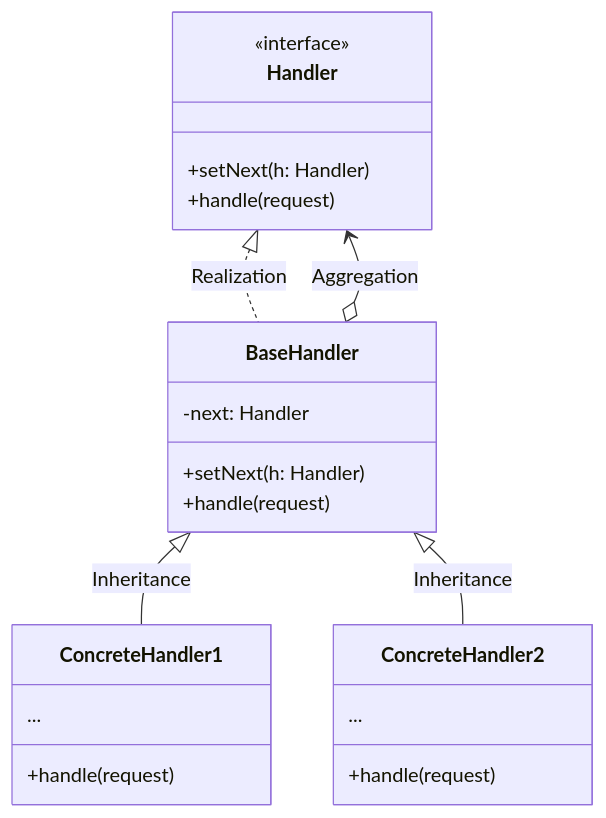
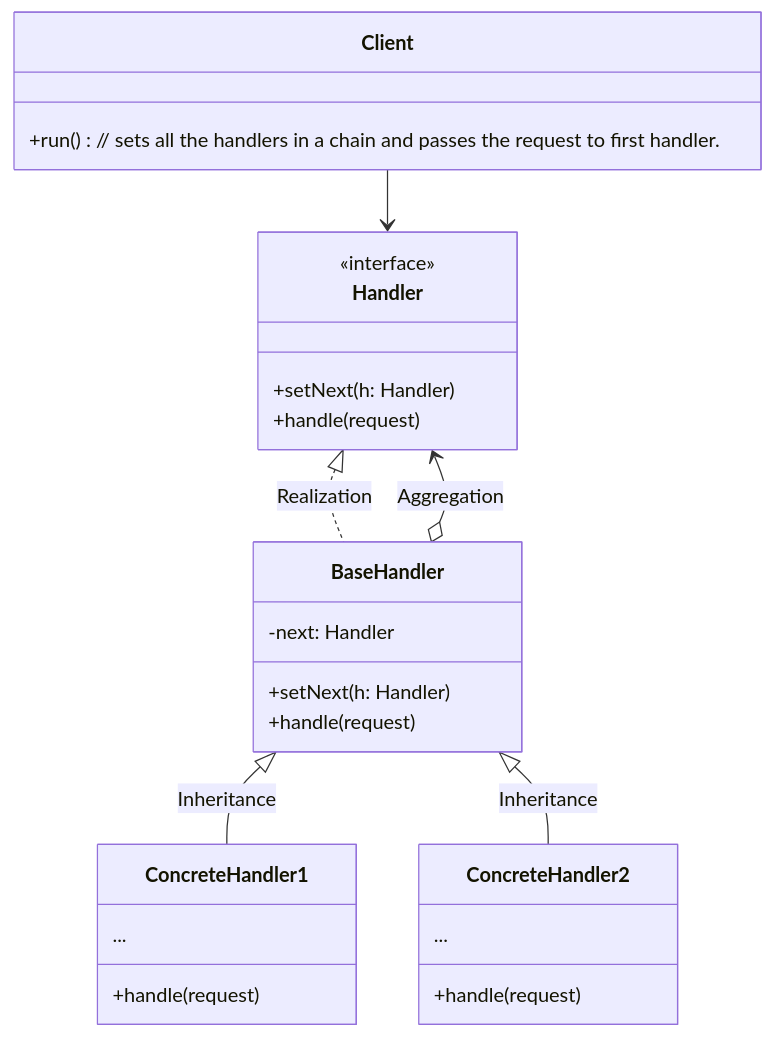
The diagram in DesignPatterns/Patterns/Behavioral/ChainOfResponsibility/README.md (manikanta-annavarapu/dotnet-experiments), drawn with Mermaid before and after one commit. The commit also changed other lines of this file and 3 other files, not shown here.

````diff
--- a/DesignPatterns/Patterns/Behavioral/ChainOfResponsibility/README.md
+++ b/DesignPatterns/Patterns/Behavioral/ChainOfResponsibility/README.md
@@ -16,30 +16,35 @@
 ```mermaid
 classDiagram
 
 Handler <|.. BaseHandler : Realization
 BaseHandler o--> Handler : Aggregation
 BaseHandler <|-- ConcreteHandler1 : Inheritance
 BaseHandler <|-- ConcreteHandler2 : Inheritance
+Client --> Handler
+
+class Client{
+    +run() // sets all the handlers in a chain and passes the request to first handler.
+}
 
 class Handler{
     <<interface>>
     +setNext(h: Handler)
     +handle(request)
 }
 
 class BaseHandler{
     -next: Handler
     +setNext(h: Handler)
     +handle(request)
 }
 
 class ConcreteHandler1{
     ...
     +handle(request)
 }
 
 class ConcreteHandler2{
     ...
     +handle(request)
 }
 ```
````
